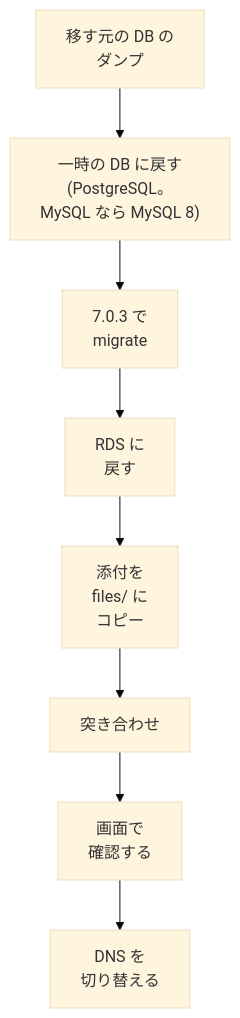
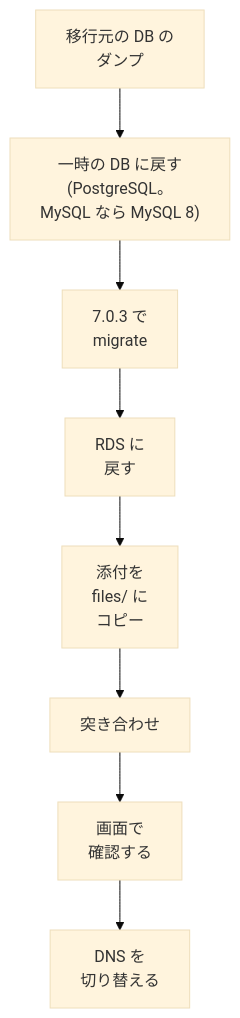
Before and after one commit to redmine-kit/serverless: the first of 2 diagrams in docs/ja/migration.md, drawn with Mermaid (base theme). The commit also changed other lines of this file and 3 other files, not shown here.

````diff
--- a/docs/ja/migration.md
+++ b/docs/ja/migration.md
@@ -21,10 +21,10 @@
 ```mermaid
 flowchart TD
-  a["移す元の DB の<br>ダンプ"] --> b["一時の DB に戻す<br>(PostgreSQL。<br>MySQL なら MySQL 8)"]
+  a["移行元の DB の<br>ダンプ"] --> b["一時の DB に戻す<br>(PostgreSQL。<br>MySQL なら MySQL 8)"]
   b --> c["7.0.3 で<br>migrate"]
   c --> x["RDS に<br>戻す"]
   x --> d["添付を<br>files/ に<br>コピー"]
   d --> e["突き合わせ"]
   e --> f["画面で<br>確認する"]
   f --> g["DNS を<br>切り替える"]
 ```
````
